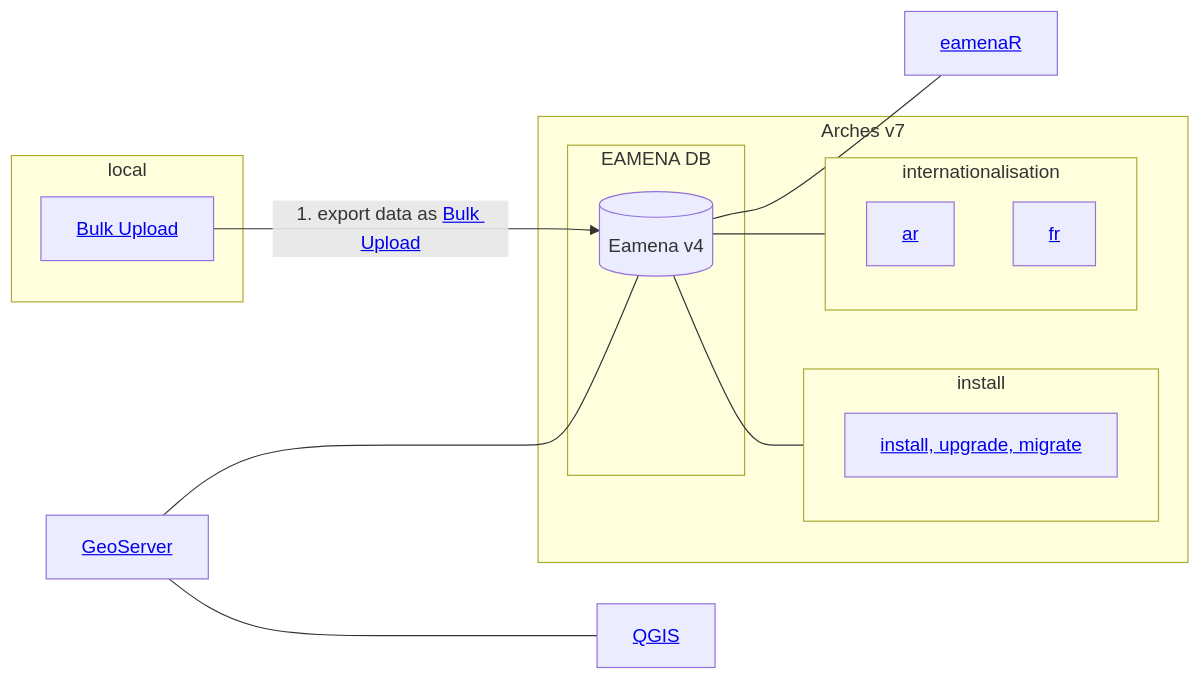
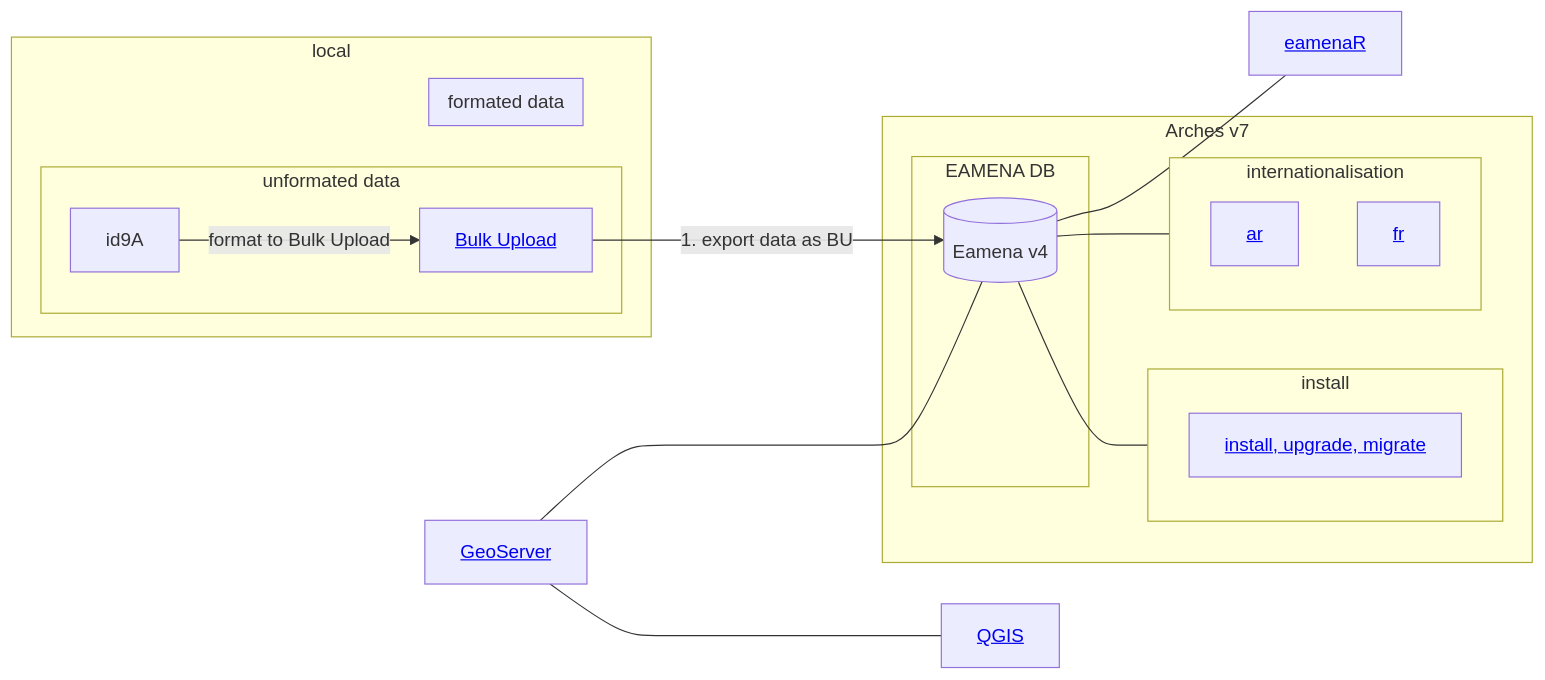
Before and after one commit to eamena-project/eamena-arches-dev: the diagram in dbs/database.eamena/README.md, drawn with Mermaid.

````diff
--- a/dbs/database.eamena/README.md
+++ b/dbs/database.eamena/README.md
@@ -3,23 +3,28 @@
 ```mermaid
 flowchart LR
   subgraph Arches v7
     subgraph EAMENA DB
     ea[(Eamena v4)]
     end
     subgraph internationalisation
       id6[<a href='https://github.com/eamena-project/eamena-arches-dev/tree/main/dbs/database.eamena/internationalisation'>ar</a>];
       id7[<a href='https://github.com/eamena-project/eamena-arches-dev/tree/main/dbs/database.eamena/internationalisation'>fr</a>];
     end 
     subgraph install
       id8[<a href='https://github.com/eamena-project/eamena-arches-dev/tree/main/dbs/database.eamena/install'>install, upgrade, migrate</a>];
     end 
   end
   id3[<a href='https://github.com/eamena-project/eamena-arches-dev/tree/main/geoserver'>GeoServer</a>] --- ea;
   id3 --- id4[<a href='https://github.com/eamena-project/eamena-arches-dev/tree/main/gis/qgis'>QGIS</a>];
   subgraph local
-    id9B[<a href='https://github.com/eamena-project/eamena-arches-dev/tree/main/data/bulk#readme'>Bulk Upload</a>] --1. export data as <a href='https://github.com/eamena-project/eamena-arches-dev/tree/main/data/bulk#readme'>Bulk Upload</a> --> ea;
+    subgraph unformated data
+      id9A -- format to Bulk Upload --> id9B[<a href='https://github.com/eamena-project/eamena-arches-dev/tree/main/data/bulk#readme'>Bulk Upload</a>]
+    end
+    subgraph formated data
+      id9B --1. export data as BU--> ea;
+    end
   end
   ea --- id5[<a href='https://github.com/eamena-project/eamenaR'>eamenaR</a>];
   ea --- internationalisation
   ea --- install
 ```
````
